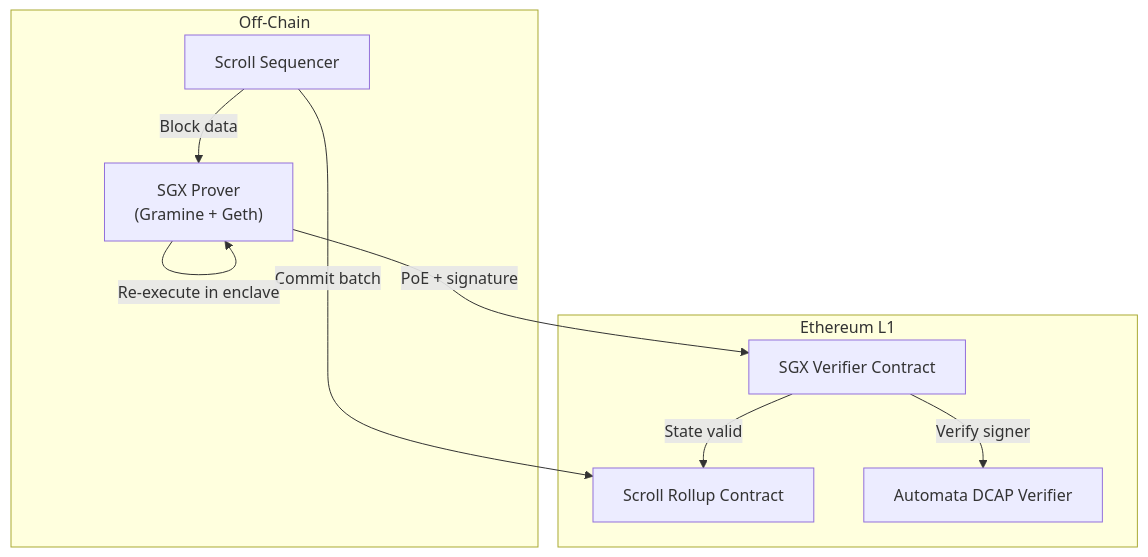
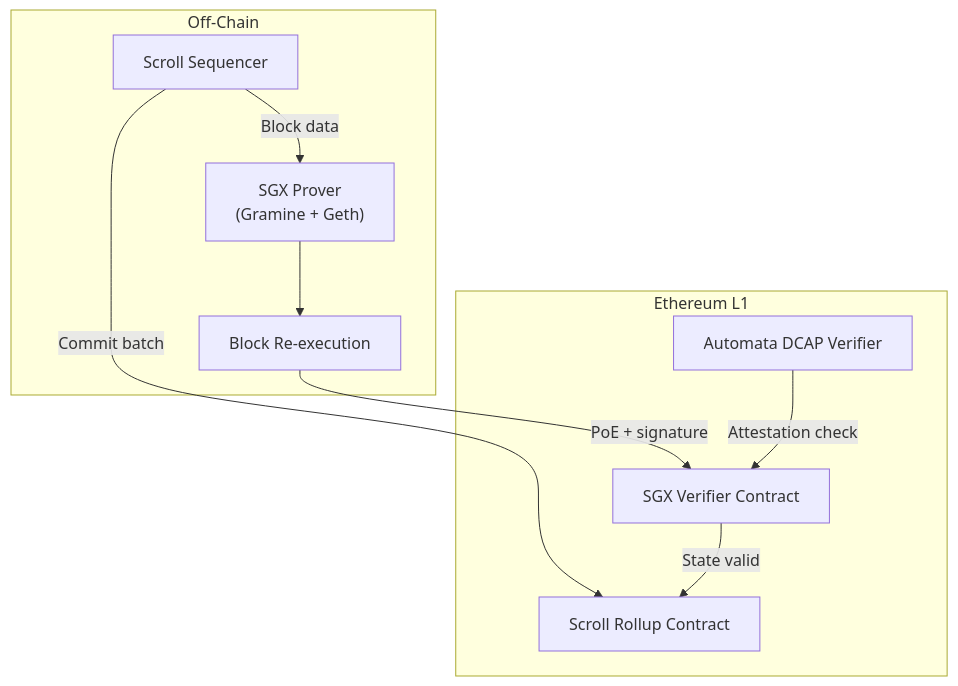
Diagram 13 of 14 in posts/05-real-world-case-studies.md (V-k-h/roots-of-trust), drawn with Mermaid before and after one commit. The commit also changed other lines of this file, not shown here.

````diff
--- a/posts/05-real-world-case-studies.md
+++ b/posts/05-real-world-case-studies.md
@@ -580,22 +587,22 @@
 ```mermaid
 flowchart TD
     subgraph L1["Ethereum L1"]
-        ScrollContract[Scroll Rollup Contract]
-        SGX_Verifier[SGX Verifier Contract]
-        DCAP[Automata DCAP Verifier]
+        ScrollContract["Scroll Rollup Contract"]
+        SGXVerifier["SGX Verifier Contract"]
+        DCAP["Automata DCAP Verifier"]
     end
     
-    subgraph Off_Chain["Off-Chain"]
-        Sequencer[Scroll Sequencer]
-        SGX_Prover["SGX Prover\n(Gramine + Geth)"]
+    subgraph OffChain["Off-Chain"]
+        Sequencer["Scroll Sequencer"]
+        SGXProver["SGX Prover<br>(Gramine + Geth)"]
+        Executor["Block Re-execution"]
     end
     
-    Sequencer -->|Commit batch| ScrollContract
-    Sequencer -->|Block data| SGX_Prover
+    Sequencer -->|"Commit batch"| ScrollContract
+    Sequencer -->|"Block data"| SGXProver
+    SGXProver --> Executor
+    Executor -->|"PoE + signature"| SGXVerifier
     
-    SGX_Prover -->|Re-execute in enclave| SGX_Prover
-    SGX_Prover -->|PoE + signature| SGX_Verifier
-    
-    SGX_Verifier -->|Verify signer| DCAP
-    SGX_Verifier -->|State valid| ScrollContract
+    DCAP -->|"Attestation check"| SGXVerifier
+    SGXVerifier -->|"State valid"| ScrollContract
 ```
````
